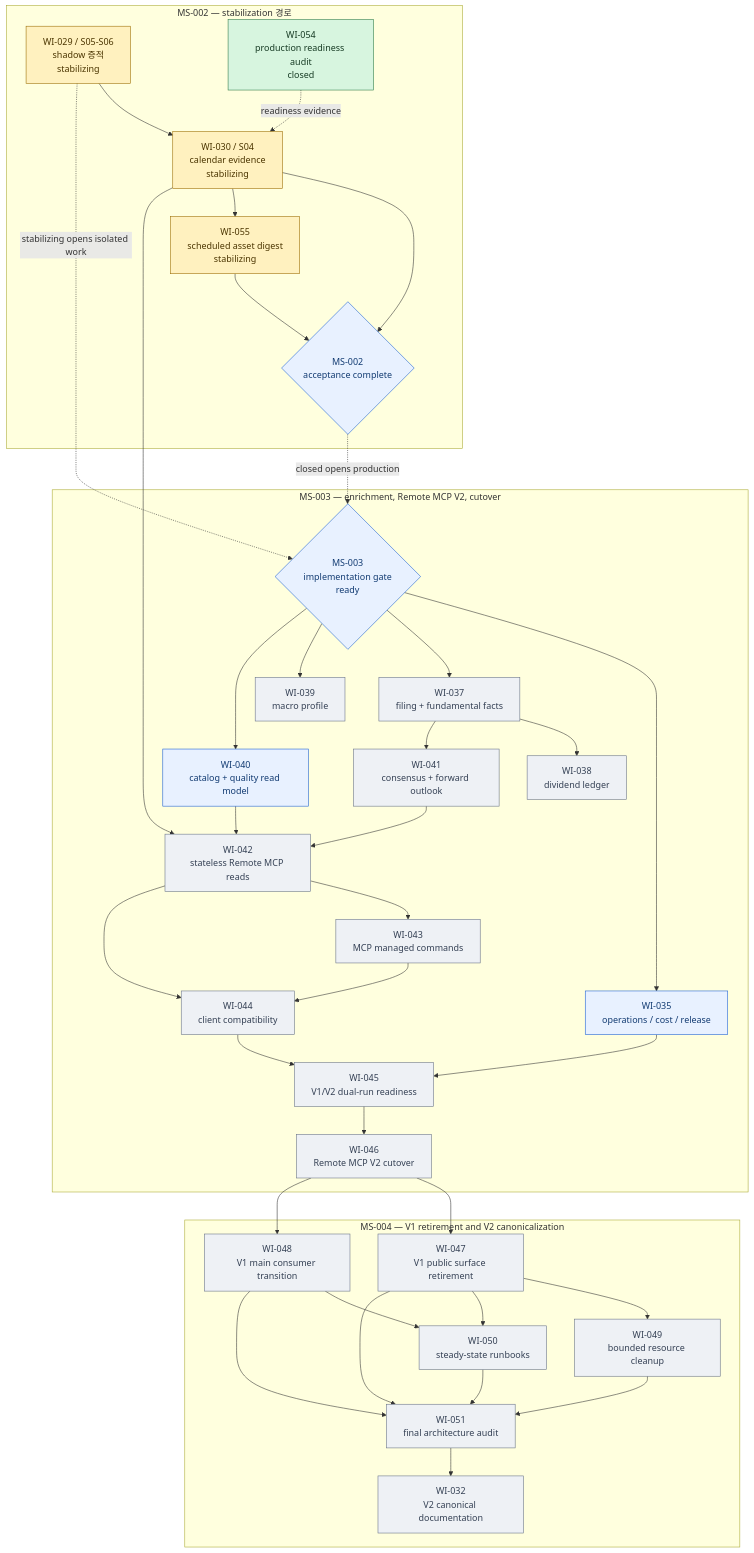
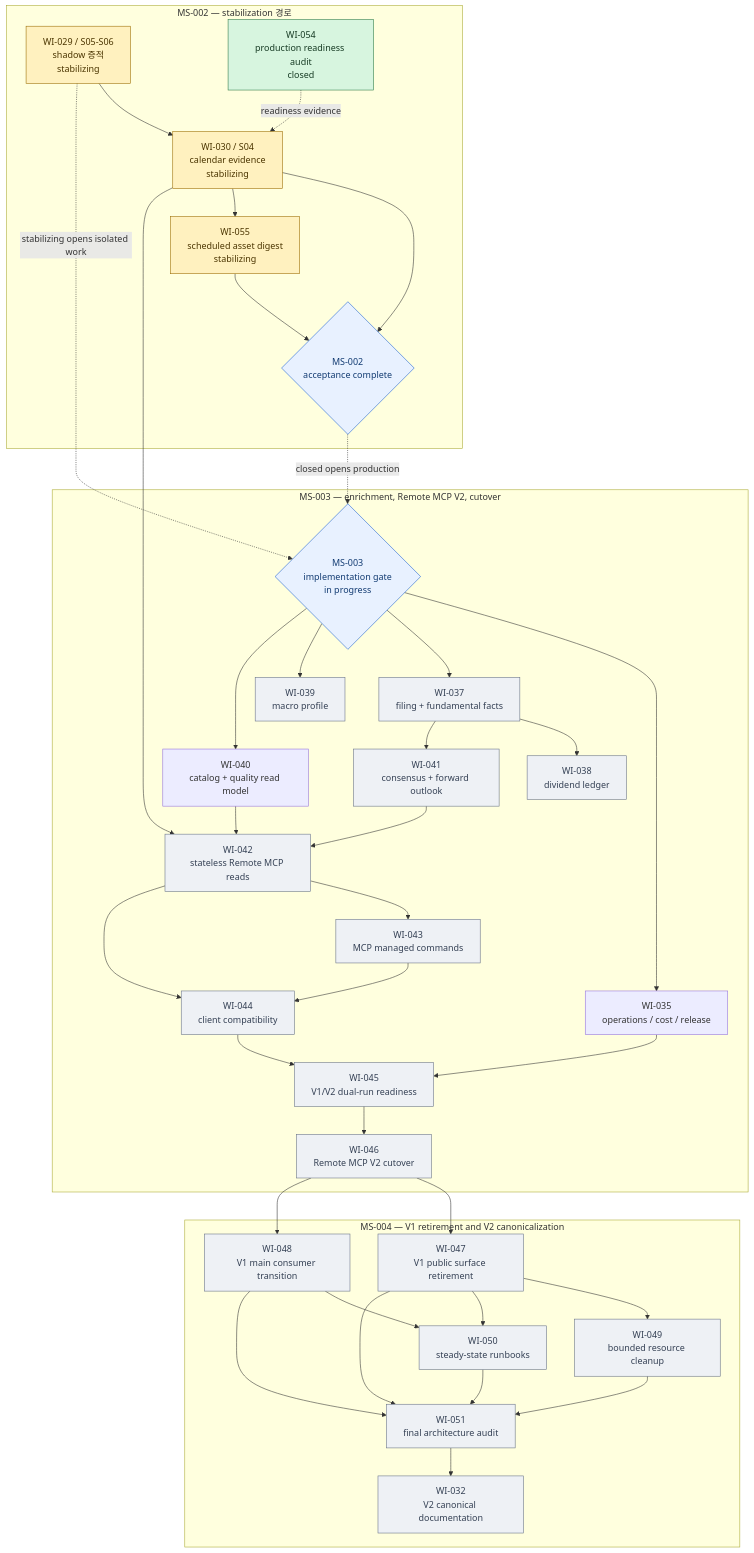
One commit to meringue5/KIS_Portfolio_MCP changed the third of 3 diagrams in docs/milestones/README.md. Above: the diagram before and after it, drawn with Mermaid. The commit also changed other lines of this file and 10 other files, not shown here.

````diff
--- a/docs/milestones/README.md
+++ b/docs/milestones/README.md
@@ -140,79 +143,79 @@
 ```mermaid
 flowchart TB
     subgraph M2["MS-002 — stabilization 경로"]
         W29["WI-029 / S05-S06<br/>shadow 증적<br/>stabilizing"]
         W30["WI-030 / S04<br/>calendar evidence<br/>stabilizing"]
         W54["WI-054<br/>production readiness audit<br/>closed"]
         W55["WI-055<br/>scheduled asset digest<br/>stabilizing"]
         M2DONE{"MS-002<br/>acceptance complete"}
         W29 --> W30 --> M2DONE
         W30 --> W55 --> M2DONE
         W54 -. readiness evidence .-> W30
     end
 
     subgraph M3["MS-003 — enrichment, Remote MCP V2, cutover"]
-        M3OPEN{"MS-003<br/>implementation gate<br/>ready"}
+        M3OPEN{"MS-003<br/>implementation gate<br/>in progress"}
         W35["WI-035<br/>operations / cost / release"]
         W37["WI-037<br/>filing + fundamental facts"]
         W38["WI-038<br/>dividend ledger"]
         W39["WI-039<br/>macro profile"]
         W40["WI-040<br/>catalog + quality read model"]
         W41["WI-041<br/>consensus + forward outlook"]
         W42["WI-042<br/>stateless Remote MCP reads"]
         W43["WI-043<br/>MCP managed commands"]
         W44["WI-044<br/>client compatibility"]
         W45["WI-045<br/>V1/V2 dual-run readiness"]
         W46["WI-046<br/>Remote MCP V2 cutover"]
 
         M3OPEN --> W35
         M3OPEN --> W37
         M3OPEN --> W39
         M3OPEN --> W40
         W37 --> W38
         W37 --> W41
         W30 --> W42
         W40 --> W42
         W41 --> W42
         W42 --> W43
         W42 --> W44
         W43 --> W44
         W35 --> W45
         W44 --> W45 --> W46
     end
 
     subgraph M4["MS-004 — V1 retirement and V2 canonicalization"]
         W47["WI-047<br/>V1 public surface retirement"]
         W48["WI-048<br/>V1 main consumer transition"]
         W49["WI-049<br/>bounded resource cleanup"]
         W50["WI-050<br/>steady-state runbooks"]
         W51["WI-051<br/>final architecture audit"]
         W32["WI-032<br/>V2 canonical documentation"]
 
         W46 --> W47
         W46 --> W48
         W47 --> W49
         W47 --> W50
         W48 --> W50
         W47 --> W51
         W48 --> W51
         W49 --> W51
         W50 --> W51
         W51 --> W32
     end
 
     W29 -. stabilizing opens isolated work .-> M3OPEN
     M2DONE -. closed opens production .-> M3OPEN
 
     classDef active fill:#fff1bf,stroke:#9a6b00,color:#4b3500;
     classDef closed fill:#d7f5df,stroke:#2d7a46,color:#173b24;
     classDef ready fill:#e8f1ff,stroke:#175cd3,color:#123b72;
     classDef blocked fill:#fde2e2,stroke:#b42318,color:#5b1712;
     classDef proposed fill:#eef1f5,stroke:#667085,color:#344054;
     classDef gate fill:#e8f1ff,stroke:#175cd3,color:#123b72;
     class W29,W30 active;
     class W54 closed;
     class W55 active;
-    class W35,W40 ready;
+    class W35,W40 verified;
     class W37,W38,W39,W41,W42,W43,W44,W45,W46,W47,W48,W49,W50,W51,W32 proposed;
     class M2DONE,M3OPEN gate;
 ```
````
